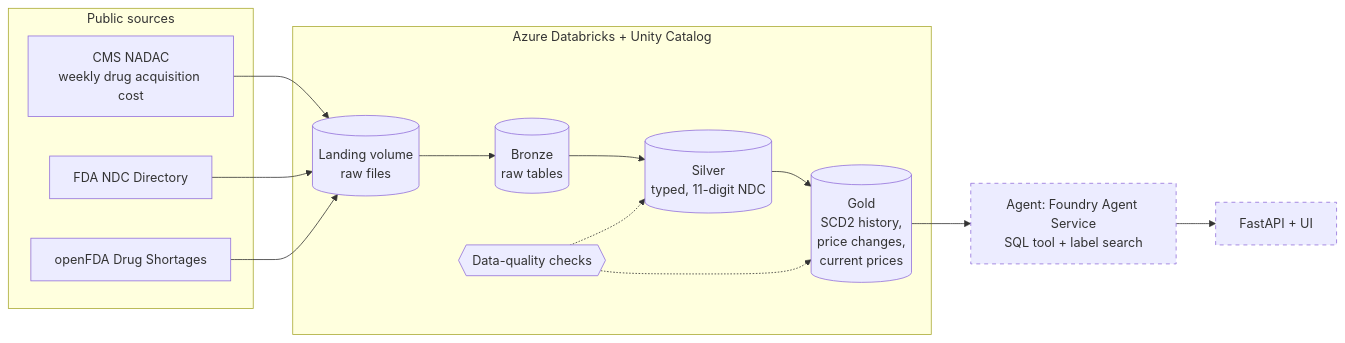
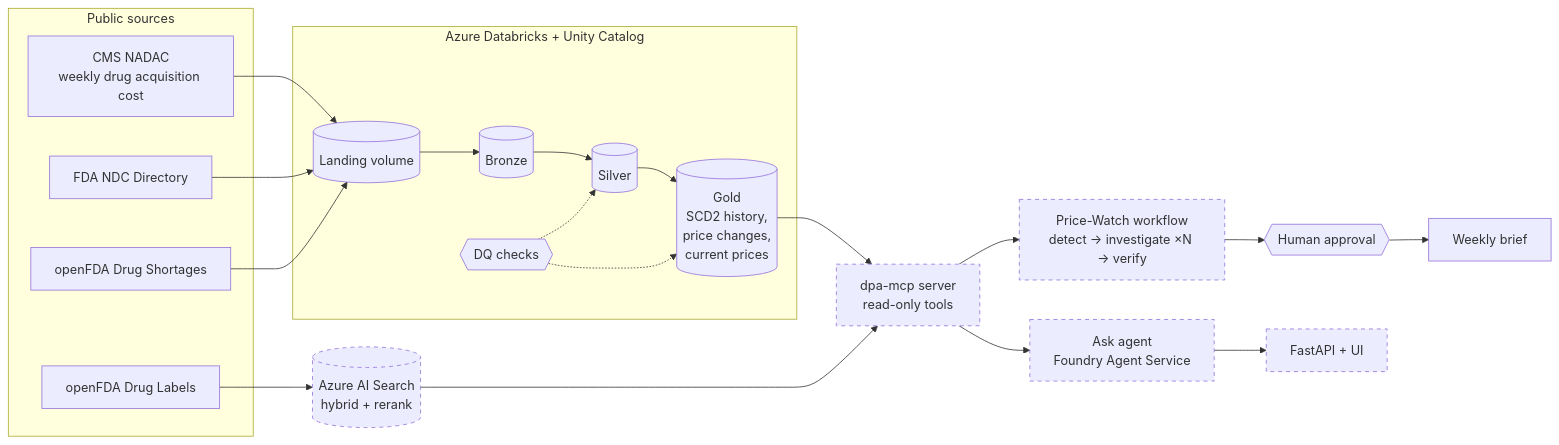
One commit to sujithnsn2026-crypto/drug-pricing-agent changed the diagram in README.md. Above: the diagram before and after it, drawn with Mermaid. The commit also changed other lines of this file, not shown here.

````diff
--- a/README.md
+++ b/README.md
@@ -10,19 +15,25 @@
 ```mermaid
 flowchart LR
     subgraph Sources[Public sources]
         A[CMS NADAC<br/>weekly drug acquisition cost]
         B[FDA NDC Directory]
         C[openFDA Drug Shortages]
+        D[openFDA Drug Labels]
     end
     subgraph DBX[Azure Databricks + Unity Catalog]
-        L[(Landing volume<br/>raw files)] --> BR[(Bronze<br/>raw tables)]
-        BR --> SV[(Silver<br/>typed, 11-digit NDC)]
-        SV --> GD[(Gold<br/>SCD2 history,<br/>price changes,<br/>current prices)]
-        DQ{{Data-quality checks}} -.-> SV & GD
+        L[(Landing volume)] --> BR[(Bronze)] --> SV[(Silver)] --> GD[(Gold<br/>SCD2 history,<br/>price changes,<br/>current prices)]
+        DQ{{DQ checks}} -.-> SV & GD
     end
     A & B & C --> L
-    GD --> AG[Agent: Foundry Agent Service<br/>SQL tool + label search]
-    AG --> UI[FastAPI + UI]
-    style AG stroke-dasharray: 5 5
+    D --> AIS[(Azure AI Search<br/>hybrid + rerank)]
+    GD & AIS --> MCP[dpa-mcp server<br/>read-only tools]
+    MCP --> ASK[Ask agent<br/>Foundry Agent Service]
+    MCP --> PW[Price-Watch workflow<br/>detect → investigate ×N → verify]
+    PW --> HUM{{Human approval}} --> BRIEF[Weekly brief]
+    ASK --> UI[FastAPI + UI]
+    style MCP stroke-dasharray: 5 5
+    style ASK stroke-dasharray: 5 5
+    style PW stroke-dasharray: 5 5
+    style AIS stroke-dasharray: 5 5
     style UI stroke-dasharray: 5 5
 ```
````
